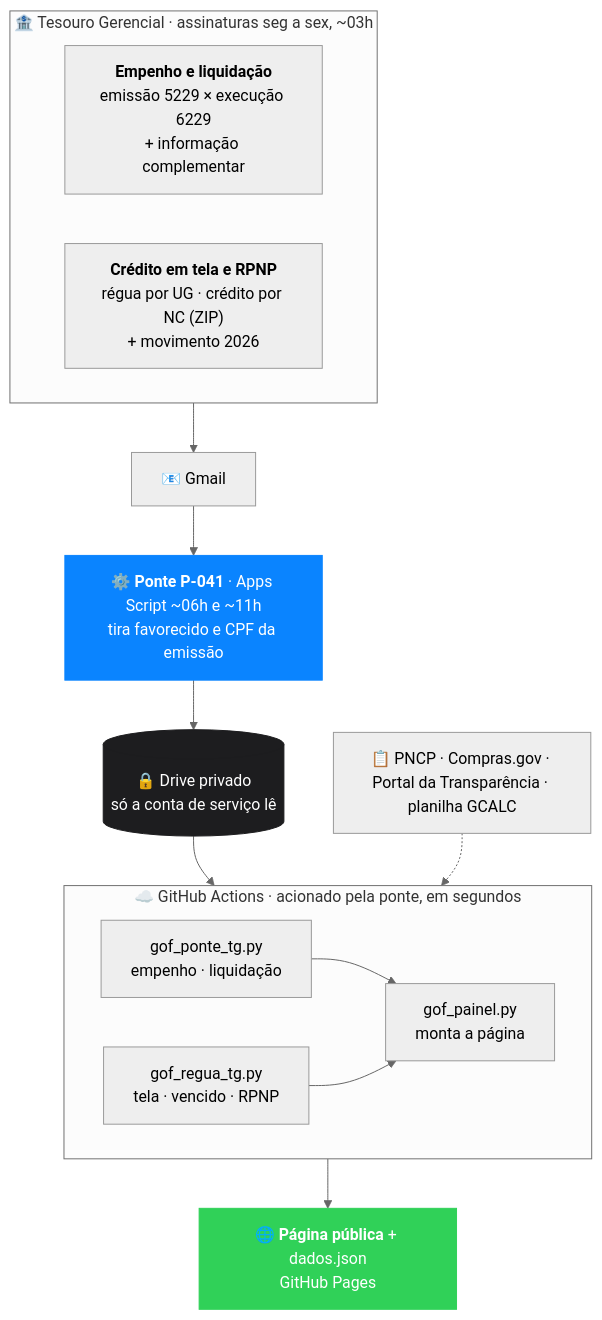
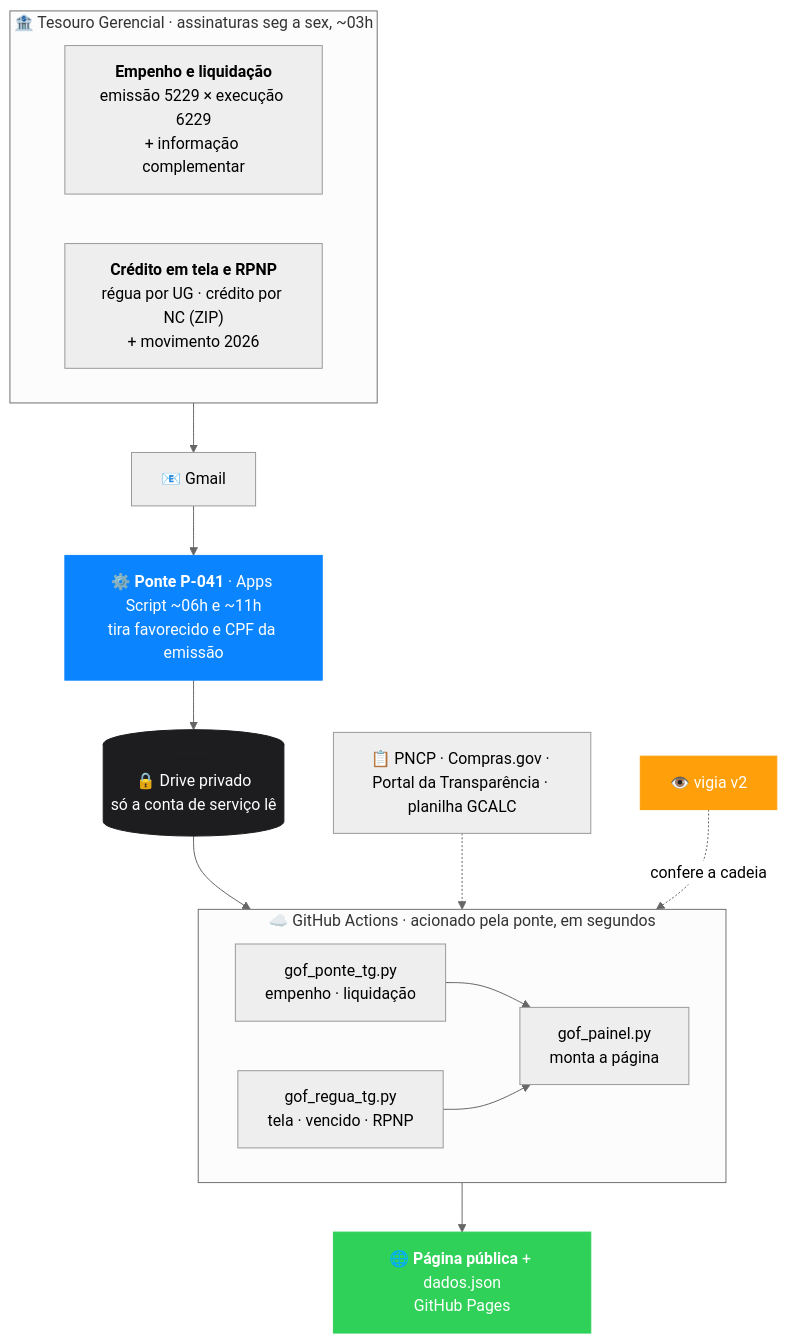
The second of 7 diagrams in README.md (marcelosaldanha-1978/painel-gof-baaplog), drawn with Mermaid (neutral theme) before and after one commit. The commit also changed other lines of this file and 6 other files, not shown here.

````diff
--- a/README.md
+++ b/README.md
@@ -93,20 +99,22 @@
 ```mermaid
 flowchart TB
     subgraph TG["🏦 Tesouro Gerencial · assinaturas seg a sex, ~03h"]
       direction LR
       A1["<b>Empenho e liquidação</b><br/>emissão 5229 × execução 6229<br/>+ informação complementar"]
       A2["<b>Crédito em tela e RPNP</b><br/>régua por UG · crédito por NC (ZIP)<br/>+ movimento 2026"]
     end
     TG --> G["📧 Gmail"] --> P["⚙️ <b>Ponte P-041</b> · Apps Script ~06h e ~11h<br/>tira favorecido e CPF da emissão"] --> D[("🔒 Drive privado<br/>só a conta de serviço lê")]
     D --> GA
     subgraph GA["☁️ GitHub Actions · acionado pela ponte, em segundos"]
       direction LR
       M1["gof_ponte_tg.py<br/>empenho · liquidação"] --> M3["gof_painel.py<br/>monta a página"]
       M2["gof_regua_tg.py<br/>tela · vencido · RPNP"] --> M3
     end
     O["📋 PNCP · Compras.gov · Portal da Transparência · planilha GCALC"] -.-> GA
     GA --> X["🌐 <b>Página pública</b> + dados.json<br/>GitHub Pages"]
     style P fill:#0a84ff,color:#fff,stroke:#0a84ff
     style D fill:#1d1d1f,color:#fff,stroke:#1d1d1f
+    V["👁️ vigia v2"] -.->|confere a cadeia| GA
     style X fill:#30d158,color:#fff,stroke:#30d158
+    style V fill:#ff9f0a,color:#fff,stroke:#ff9f0a
 ```
````
